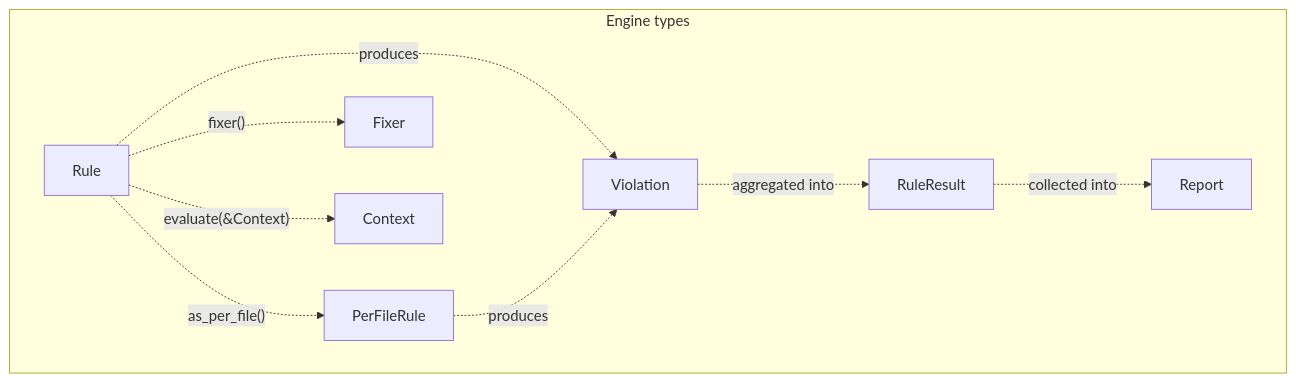
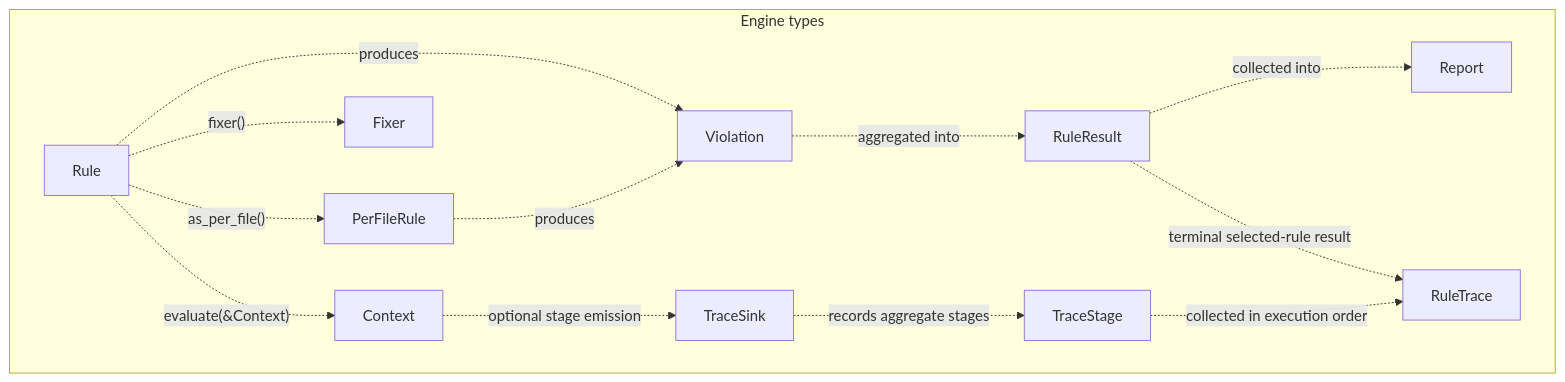
Before and after one commit to actions-marketplace-validations/asamarts_alint: the tenth of 27 diagrams in docs/design/architecture/DIAGRAMS.md, drawn with Mermaid. The commit also changed 103 other files, not shown here.

Commit message:
feat: add typed selected-rule trace engine

````diff
--- a/docs/design/architecture/DIAGRAMS.md
+++ b/docs/design/architecture/DIAGRAMS.md
@@ -252,19 +252,26 @@
 ```mermaid
 graph TB
   subgraph EngineTypes["`Engine types`"]
     EngineTypes.RuleTrait["Rule"]
     EngineTypes.PerFileTrait["PerFileRule"]
     EngineTypes.FixerTrait["Fixer"]
     EngineTypes.EngineContext["Context"]
     EngineTypes.Violation["Violation"]
+    EngineTypes.TraceSink["TraceSink"]
     EngineTypes.RuleResult["RuleResult"]
+    EngineTypes.TraceStage["TraceStage"]
     EngineTypes.Report["Report"]
+    EngineTypes.RuleTrace["RuleTrace"]
   end
   EngineTypes.RuleTrait -. "`as_per_file()`" .-> EngineTypes.PerFileTrait
   EngineTypes.RuleTrait -. "`fixer()`" .-> EngineTypes.FixerTrait
   EngineTypes.RuleTrait -. "`produces`" .-> EngineTypes.Violation
   EngineTypes.RuleTrait -. "`evaluate(&Context)`" .-> EngineTypes.EngineContext
   EngineTypes.PerFileTrait -. "`produces`" .-> EngineTypes.Violation
   EngineTypes.Violation -. "`aggregated into`" .-> EngineTypes.RuleResult
   EngineTypes.RuleResult -. "`collected into`" .-> EngineTypes.Report
+  EngineTypes.RuleResult -. "`terminal selected-rule result`" .-> EngineTypes.RuleTrace
+  EngineTypes.EngineContext -. "`optional stage emission`" .-> EngineTypes.TraceSink
+  EngineTypes.TraceSink -. "`records aggregate stages`" .-> EngineTypes.TraceStage
+  EngineTypes.TraceStage -. "`collected in execution order`" .-> EngineTypes.RuleTrace
 ```
````
